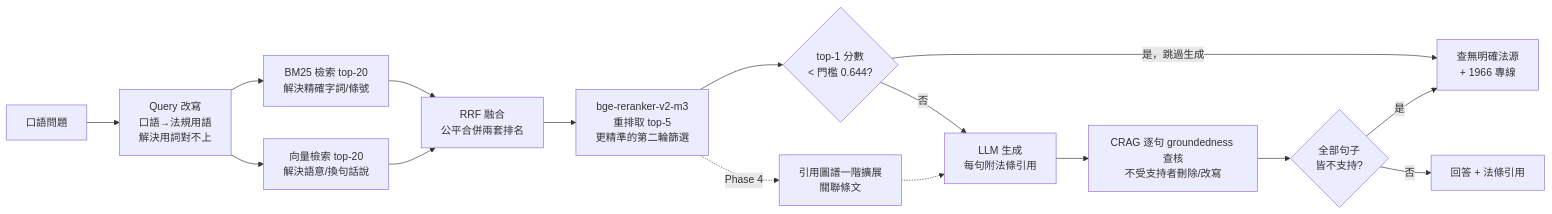
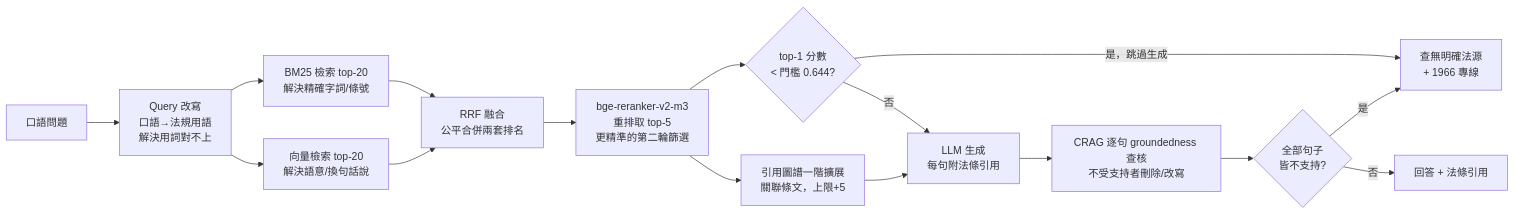
Before and after one commit to kuotunyu/tw-longcare-rag: the second of 3 diagrams in README.md, drawn with Mermaid. The commit also changed other lines of this file, not shown here.

First line of the commit message:
docs: README 同步 Phase 4——法條引用圖譜章節、架構圖狀態、套件版本

````diff
--- a/README.md
+++ b/README.md
@@ -32,18 +32,18 @@
 ```mermaid
 flowchart LR
     Q[口語問題] --> RW[Query 改寫<br/>口語→法規用語<br/>解決用詞對不上]
     RW --> BM25[BM25 檢索 top-20<br/>解決精確字詞/條號]
     RW --> VEC[向量檢索 top-20<br/>解決語意/換句話說]
     BM25 --> RRF[RRF 融合<br/>公平合併兩套排名]
     VEC --> RRF
     RRF --> RR[bge-reranker-v2-m3<br/>重排取 top-5<br/>更精準的第二輪篩選]
-    RR -.Phase 4.-> GE[引用圖譜一階擴展<br/>關聯條文]
+    RR --> GE[引用圖譜一階擴展<br/>關聯條文，上限+5]
     RR --> GATE1{top-1 分數<br/>< 門檻 0.644?}
     GATE1 -->|是，跳過生成| A2[查無明確法源<br/>+ 1966 專線]
     GATE1 -->|否| GEN[LLM 生成<br/>每句附法條引用]
-    GE -.-> GEN
+    GE --> GEN
     GEN --> GND[CRAG 逐句 groundedness 查核<br/>不受支持者刪除/改寫]
     GND --> GATE2{全部句子<br/>皆不支持?}
     GATE2 -->|是| A2
     GATE2 -->|否| A[回答 + 法條引用]
 ```
````
